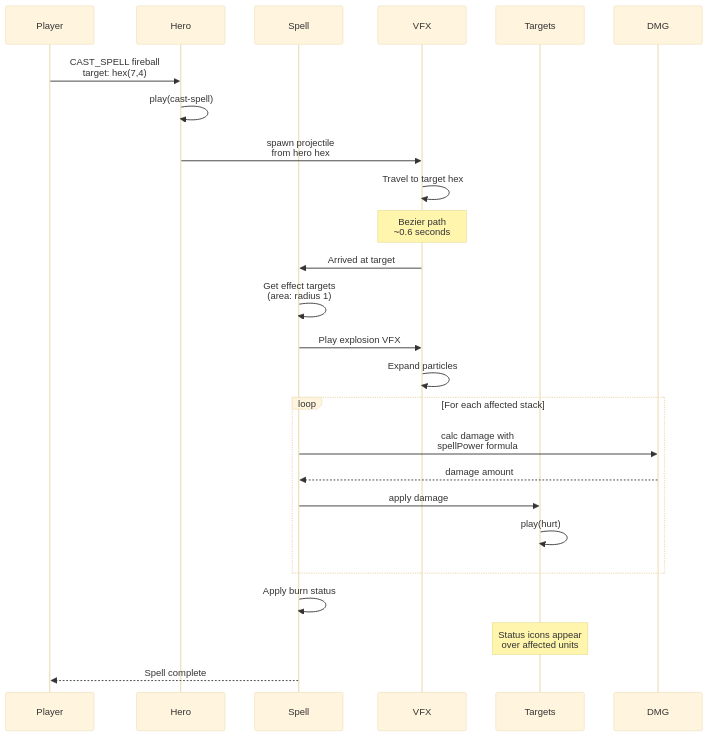
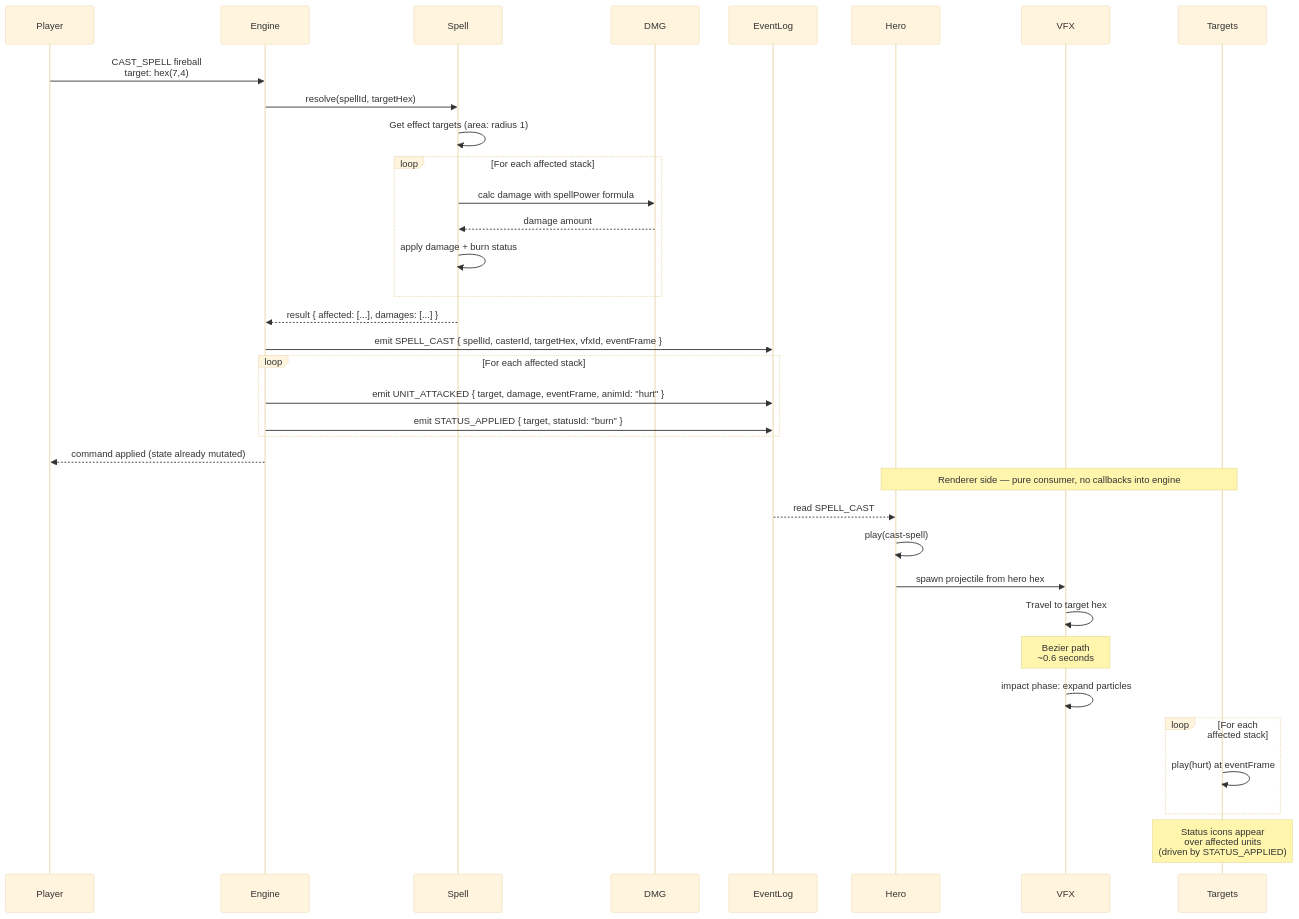
Before and after one commit to SunaNoOshiro/Heroes_Reforged_AI_Realms: the diagram in docs/architecture/diagrams/12-spell-anim.md, drawn with Mermaid (base theme). The commit also changed other lines of this file and 44 other files, not shown here.

````diff
--- a/docs/architecture/diagrams/12-spell-anim.md
+++ b/docs/architecture/diagrams/12-spell-anim.md
@@ -10,28 +18,39 @@
 ```mermaid
 sequenceDiagram
     participant Player
+    participant Engine
+    participant Spell
+    participant DMG
+    participant Log as EventLog
     participant Hero
-    participant Spell
     participant VFX
     participant Targets
-    participant DMG
 
-    Player->>Hero: CAST_SPELL fireball<br/>target: hex(7,4)
+    Player->>Engine: CAST_SPELL fireball<br/>target: hex(7,4)
+    Engine->>Spell: resolve(spellId, targetHex)
+    Spell->>Spell: Get effect targets (area: radius 1)
+    loop For each affected stack
+        Spell->>DMG: calc damage with spellPower formula
+        DMG-->>Spell: damage amount
+        Spell->>Spell: apply damage + burn status
+    end
+    Spell-->>Engine: result { affected: [...], damages: [...] }
+    Engine->>Log: emit SPELL_CAST { spellId, casterId, targetHex, vfxId, eventFrame }
+    loop For each affected stack
+        Engine->>Log: emit UNIT_ATTACKED { target, damage, eventFrame, animId: "hurt" }
+        Engine->>Log: emit STATUS_APPLIED { target, statusId: "burn" }
+    end
+    Engine-->>Player: command applied (state already mutated)
+
+    Note over Hero,Targets: Renderer side — pure consumer, no callbacks into engine
+    Log-->>Hero: read SPELL_CAST
     Hero->>Hero: play(cast-spell)
-    Hero->>VFX: spawn projectile<br/>from hero hex
+    Hero->>VFX: spawn projectile from hero hex
     VFX->>VFX: Travel to target hex
     Note over VFX: Bezier path<br/>~0.6 seconds
-    VFX->>Spell: Arrived at target
-    Spell->>Spell: Get effect targets<br/>(area: radius 1)
-    Spell->>VFX: Play explosion VFX
-    VFX->>VFX: Expand particles
+    VFX->>VFX: impact phase: expand particles
     loop For each affected stack
-        Spell->>DMG: calc damage with<br/>spellPower formula
-        DMG-->>Spell: damage amount
-        Spell->>Targets: apply damage
-        Targets->>Targets: play(hurt)
+        Targets->>Targets: play(hurt) at eventFrame
     end
-    Spell->>Spell: Apply burn status
-    Note over Targets: Status icons appear<br/>over affected units
-    Spell-->>Player: Spell complete
+    Note over Targets: Status icons appear<br/>over affected units<br/>(driven by STATUS_APPLIED)
 ```
````
